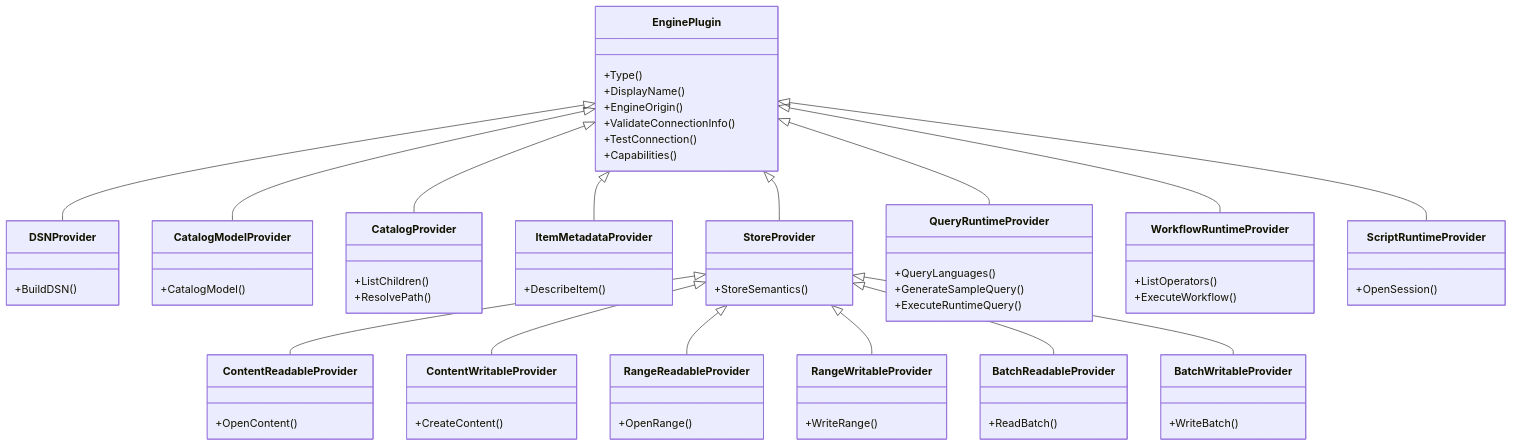
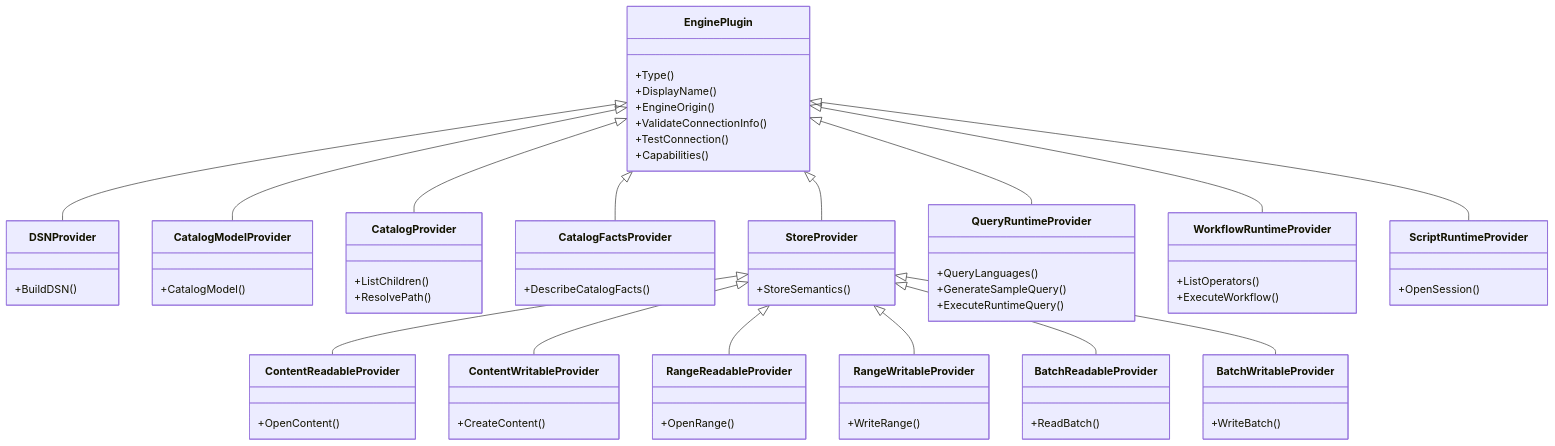
Before and after one commit to pampa0629/addp: the second of 2 diagrams in docs/concepts/addp引擎体系图.md, drawn with Mermaid. The commit also changed other lines of this file and 334 other files, not shown here.

```diff
--- a/docs/concepts/addp引擎体系图.md
+++ b/docs/concepts/addp引擎体系图.md
@@ -86,8 +86,8 @@
         +ResolvePath()
     }
 
-    class ItemMetadataProvider {
-        +DescribeItem()
+    class CatalogFactsProvider {
+        +DescribeCatalogFacts()
     }
 
     class StoreProvider {
@@ -135,7 +135,7 @@
 
     EnginePlugin <|-- CatalogModelProvider
     EnginePlugin <|-- CatalogProvider
-    EnginePlugin <|-- ItemMetadataProvider
+    EnginePlugin <|-- CatalogFactsProvider
     EnginePlugin <|-- DSNProvider
     EnginePlugin <|-- StoreProvider
     StoreProvider <|-- ContentReadableProvider
```
